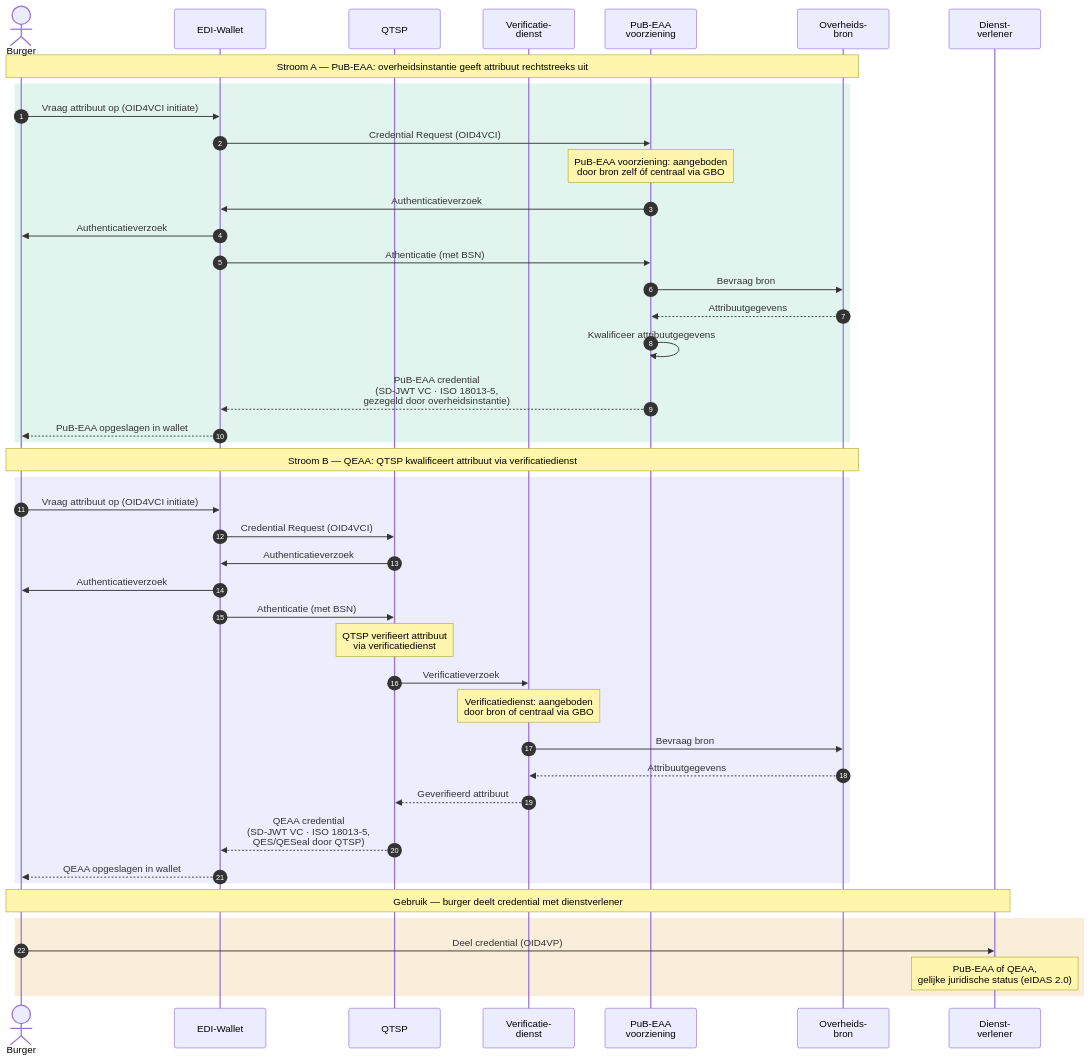
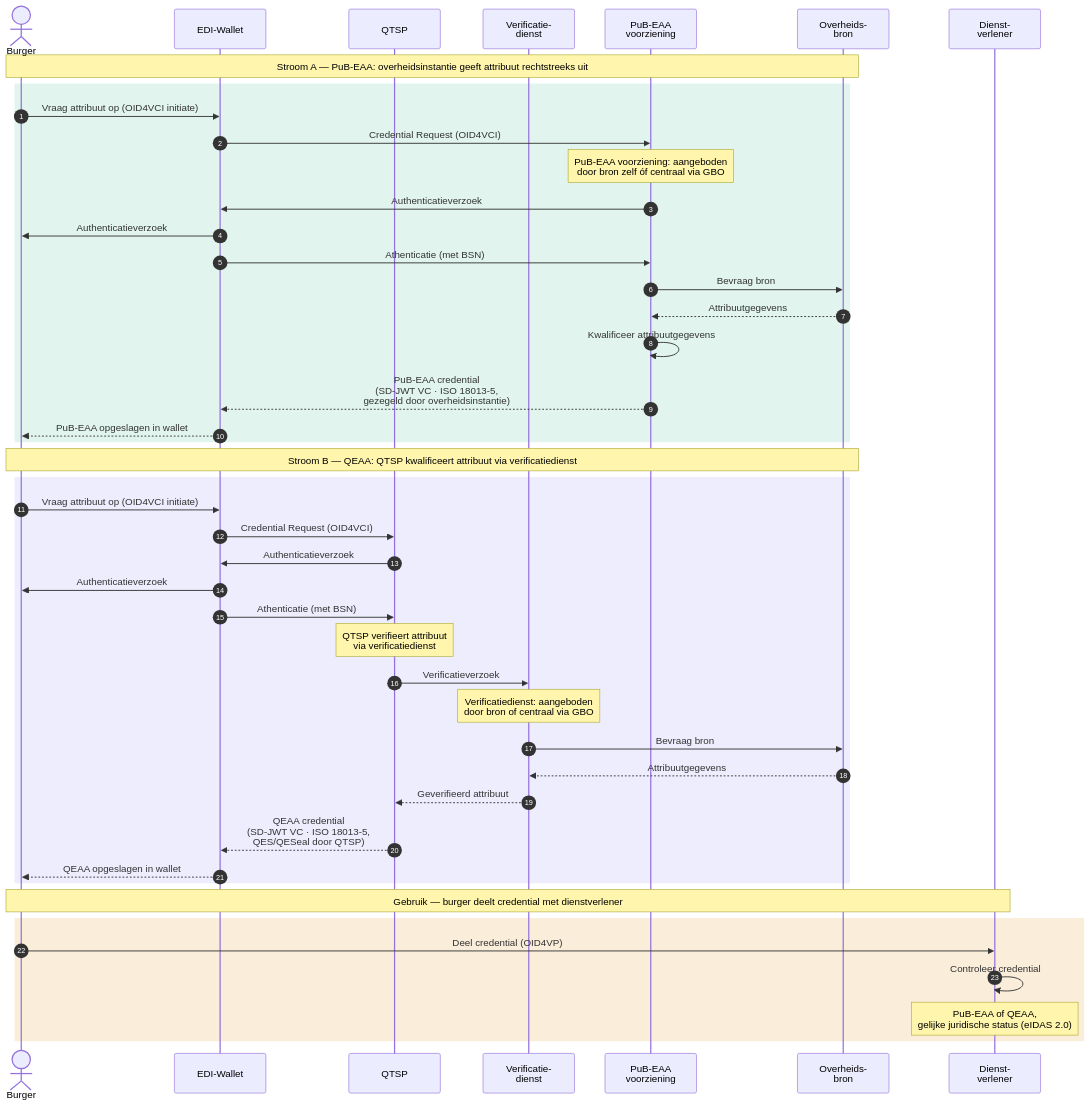
Before and after one commit to ICTU/GBO: the diagram in docs/diagrammen/interactiepatroon-EDI-Wallet.mmd, drawn with Mermaid.

````diff
--- a/docs/diagrammen/interactiepatroon-EDI-Wallet.mmd
+++ b/docs/diagrammen/interactiepatroon-EDI-Wallet.mmd
@@ -3,54 +3,55 @@
 ``` mermaid
 
 sequenceDiagram
     autonumber
     actor Burger
     participant Wallet as EDI-Wallet
     participant QTSP as QTSP
     participant VerifDienst as Verificatie-<br/>dienst
     participant PubEAA as PuB-EAA<br/>voorziening
     participant Bron as Overheids-<br/>bron
     participant DV as Dienst-<br/>verlener
 
     Note over Burger,Bron: Stroom A — PuB-EAA: overheidsinstantie geeft attribuut rechtstreeks uit
 
     rect rgb(225, 245, 238)
         Burger->>Wallet: Vraag attribuut op (OID4VCI initiate)
         Wallet->>PubEAA: Credential Request (OID4VCI)
         Note over PubEAA: PuB-EAA voorziening: aangeboden<br/>door bron zelf óf centraal via GBO
         PubEAA->>Wallet: Authenticatieverzoek
         Wallet->>Burger: Authenticatieverzoek
         Wallet->>PubEAA: Athenticatie (met BSN)
         PubEAA->>Bron: Bevraag bron
         Bron-->>PubEAA: Attribuutgegevens
         PubEAA->>PubEAA: Kwalificeer attribuutgegevens
         PubEAA-->>Wallet: PuB-EAA credential<br/>(SD-JWT VC · ISO 18013-5,<br/>gezegeld door overheidsinstantie)
         Wallet-->>Burger: PuB-EAA opgeslagen in wallet
     end
 
     Note over Burger,Bron: Stroom B — QEAA: QTSP kwalificeert attribuut via verificatiedienst
 
     rect rgb(238, 237, 254)
         Burger->>Wallet: Vraag attribuut op (OID4VCI initiate)
         Wallet->>QTSP: Credential Request (OID4VCI)
         QTSP->>Wallet: Authenticatieverzoek
         Wallet->>Burger: Authenticatieverzoek
         Wallet->>QTSP: Athenticatie (met BSN)
         Note over QTSP: QTSP verifieert attribuut<br/>via verificatiedienst
         QTSP->>VerifDienst: Verificatieverzoek
         Note over VerifDienst: Verificatiedienst: aangeboden<br/>door bron of centraal via GBO
         VerifDienst->>Bron: Bevraag bron
         Bron-->>VerifDienst: Attribuutgegevens
         VerifDienst-->>QTSP: Geverifieerd attribuut
         QTSP-->>Wallet: QEAA credential<br/>(SD-JWT VC · ISO 18013-5,<br/>QES/QESeal door QTSP)
         Wallet-->>Burger: QEAA opgeslagen in wallet
     end
 
     Note over Burger,DV: Gebruik — burger deelt credential met dienstverlener
 
     rect rgb(250, 238, 218)
         Burger->>DV: Deel credential (OID4VP)
+        DV->>DV: Controleer credential
         Note over DV: PuB-EAA of QEAA,<br/>gelijke juridische status (eIDAS 2.0)
     end
 
 ```
````
